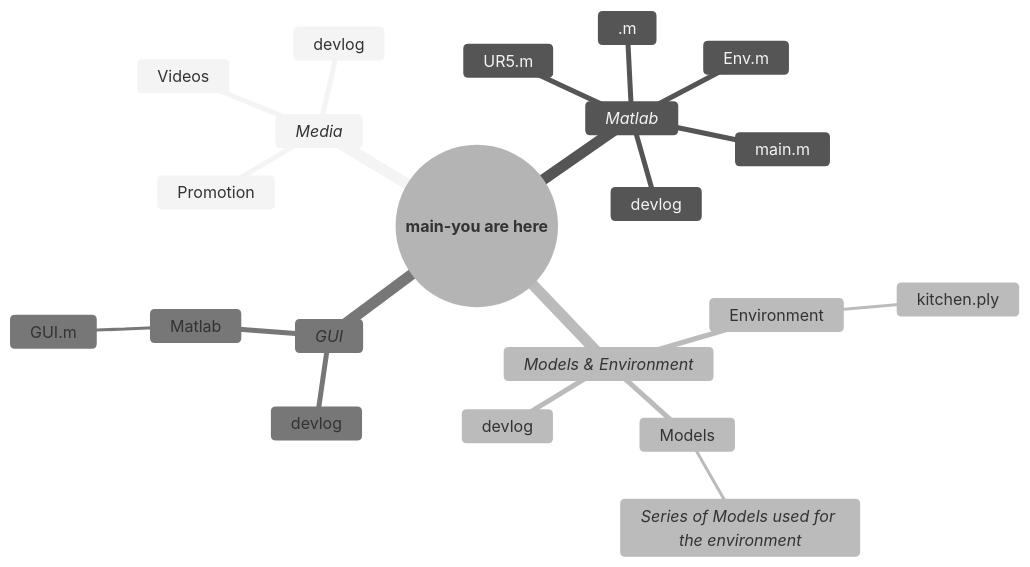
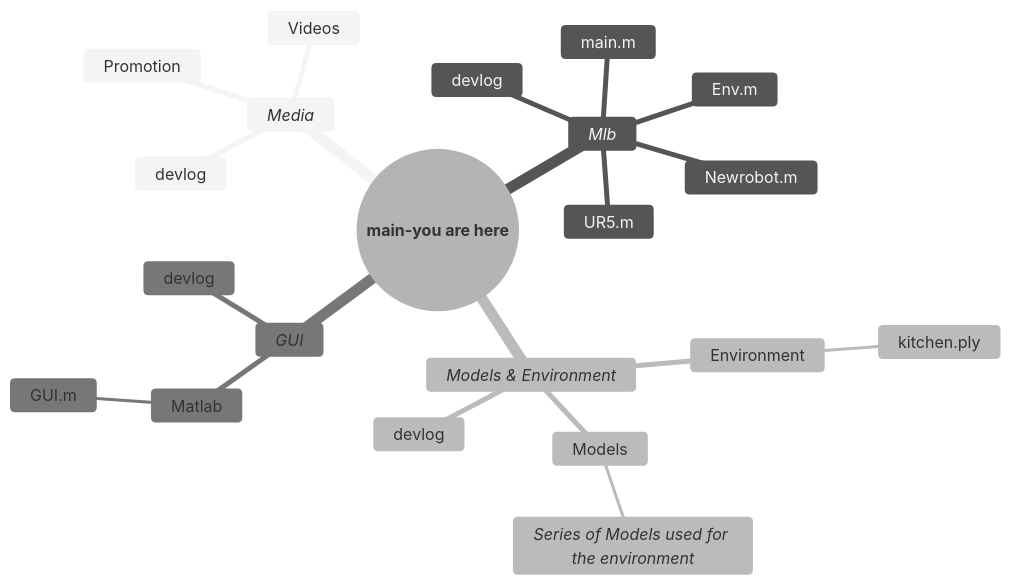
One commit to Codebetterordietrying/INDR_A2 changed the diagram in README.md. Above: the diagram before and after it, drawn with Mermaid (neutral theme).

````diff
--- a/README.md
+++ b/README.md
@@ -28,25 +28,25 @@
 ```mermaid
 mindmap
   root((**main-you are here**))
     *Media*
       Promotion
       Videos
       devlog
-    *Matlab*
+    *Mlb*
       main.m
       Env.m
       UR5.m
-      <Custom Robot>.m
+      Newrobot.m
       devlog
     *Models & Environment*
       Environment
         kitchen.ply
       Models
         *Series of Models used for the environment*
       devlog
     *GUI*
       devlog
       Matlab
         GUI.m
 
 ```
````
